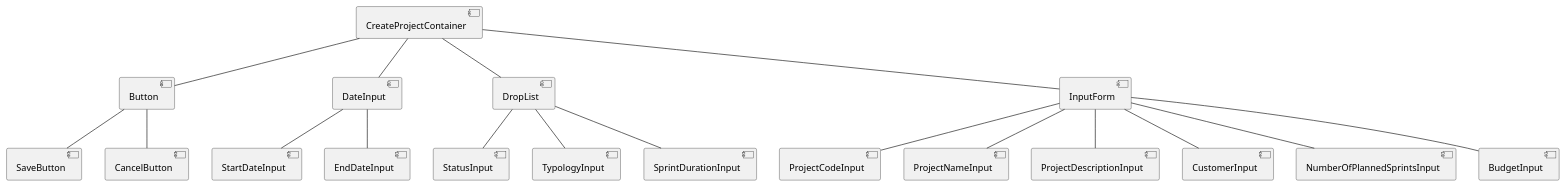
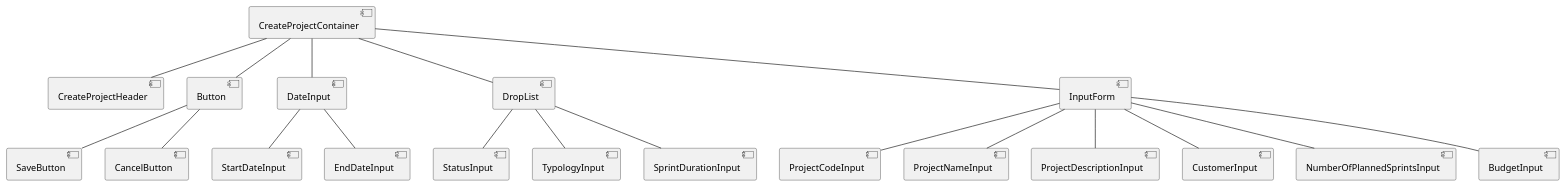
Before and after one commit to ivo-menezes/project_g3: the diagram in docs/modelling_design/user_stories/us023/US023_ComponentTree.puml, drawn with PlantUML.

Commit message:
US023: Design : Component Tree (Update) (Addresses #89)

```diff
--- a/docs/modelling_design/user_stories/us023/US023_ComponentTree.puml
+++ b/docs/modelling_design/user_stories/us023/US023_ComponentTree.puml
@@ -1,42 +1,43 @@
 @startuml
 
 [CreateProjectContainer] as Project
+[CreateProjectHeader] as Header
 [Button] as Button
 [DateInput] as Date
 [DropList] as DropList
 [InputForm] as InputForm
 [SaveButton] as Save
 [CancelButton] as Cancel
 [StartDateInput] as SDate
 [EndDateInput] as EDate
 [ProjectCodeInput] as ProjCode
 [ProjectNameInput] as ProjName
 [ProjectDescriptionInput] as ProjDescription
 [CustomerInput] as Customer
 [NumberOfPlannedSprintsInput] as NPS
 [BudgetInput] as Budget
 [StatusInput] as StatusInput
 [TypologyInput] as Typology
 [SprintDurationInput] as SprintDuration
 
-
+Project -- Header
 Project -- InputForm
 Project -- Button
 Project -- Date
 Project -- DropList
 InputForm -- ProjCode
 InputForm -- ProjName
 InputForm -- ProjDescription
 InputForm -- Customer
 InputForm -- NPS
 InputForm -- Budget
 DropList -- StatusInput
 DropList -- Typology
 DropList -- SprintDuration
 Button -- Save
 Button -- Cancel
 Date -- SDate
 Date -- EDate
 
 
 @enduml
```
